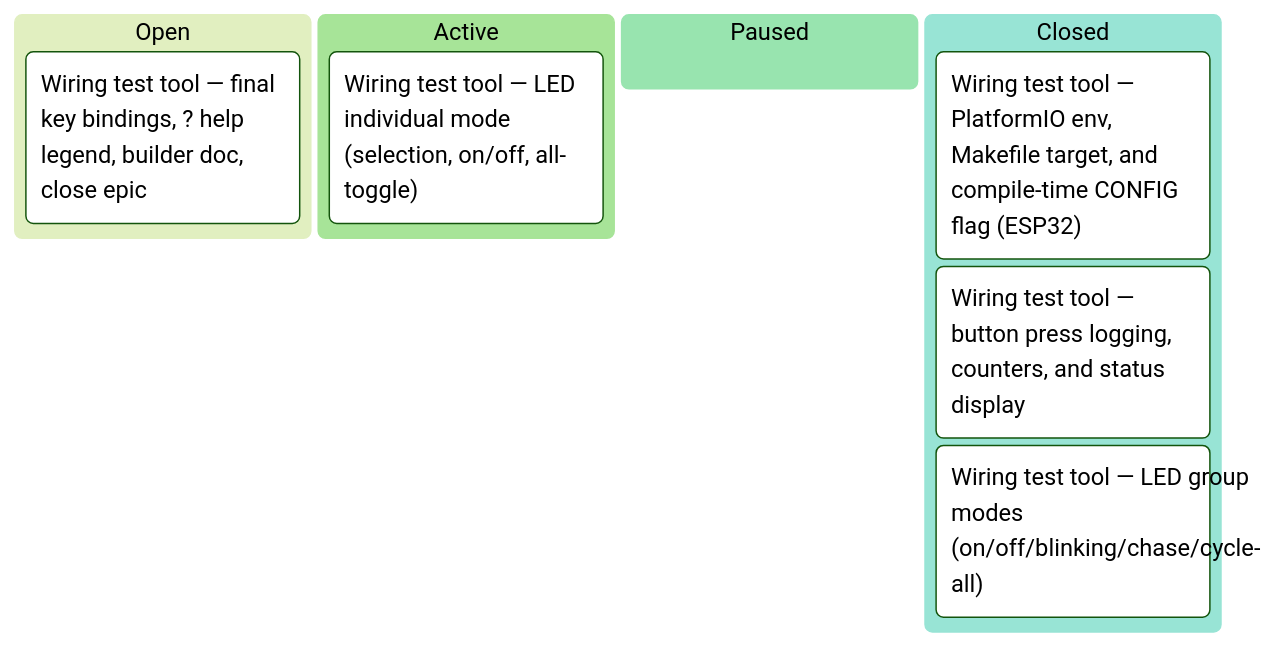
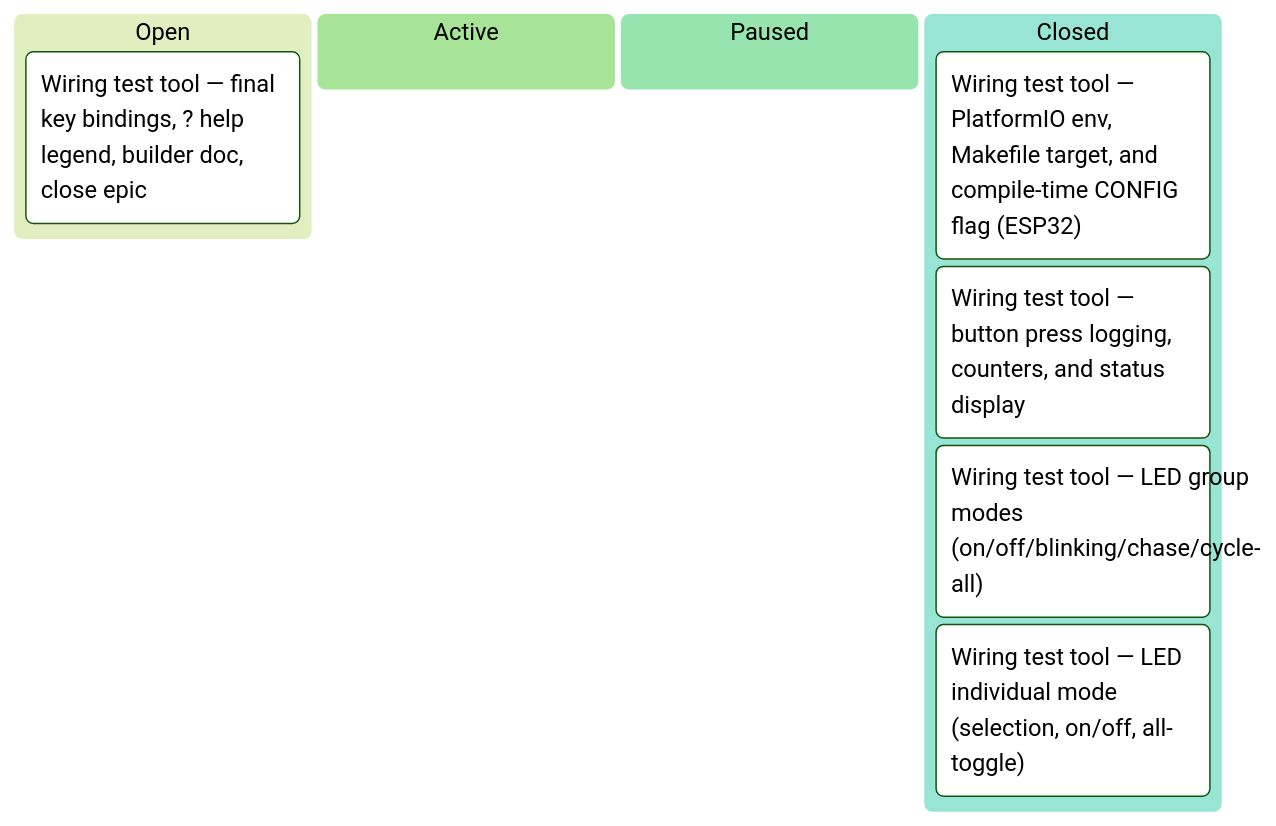
One commit to tgd1975/AwesomeGuitarPedal changed the seventh of 8 diagrams in docs/developers/tasks/KANBAN.md. Above: the diagram before and after it, drawn with Mermaid (forest theme). The commit also changed other lines of this file and 3 other files, not shown here.

First line of the commit message:
close TASK-386: Wiring test tool — LED individual mode (selection, on/off, all-toggle)

````diff
--- a/docs/developers/tasks/KANBAN.md
+++ b/docs/developers/tasks/KANBAN.md
@@ -102,12 +102,12 @@
 ```mermaid
 kanban
   Open
     TASK_387["Wiring test tool — final key bindings, ? help legend, builder doc, close epic"]
   Active
-    TASK_386["Wiring test tool — LED individual mode (selection, on/off, all-toggle)"]
   Paused
   Closed
     TASK_383["Wiring test tool — PlatformIO env, Makefile target, and compile-time CONFIG flag (ESP32)"]
     TASK_384["Wiring test tool — button press logging, counters, and status display"]
     TASK_385["Wiring test tool — LED group modes (on/off/blinking/chase/cycle-all)"]
+    TASK_386["Wiring test tool — LED individual mode (selection, on/off, all-toggle)"]
 ```
````
